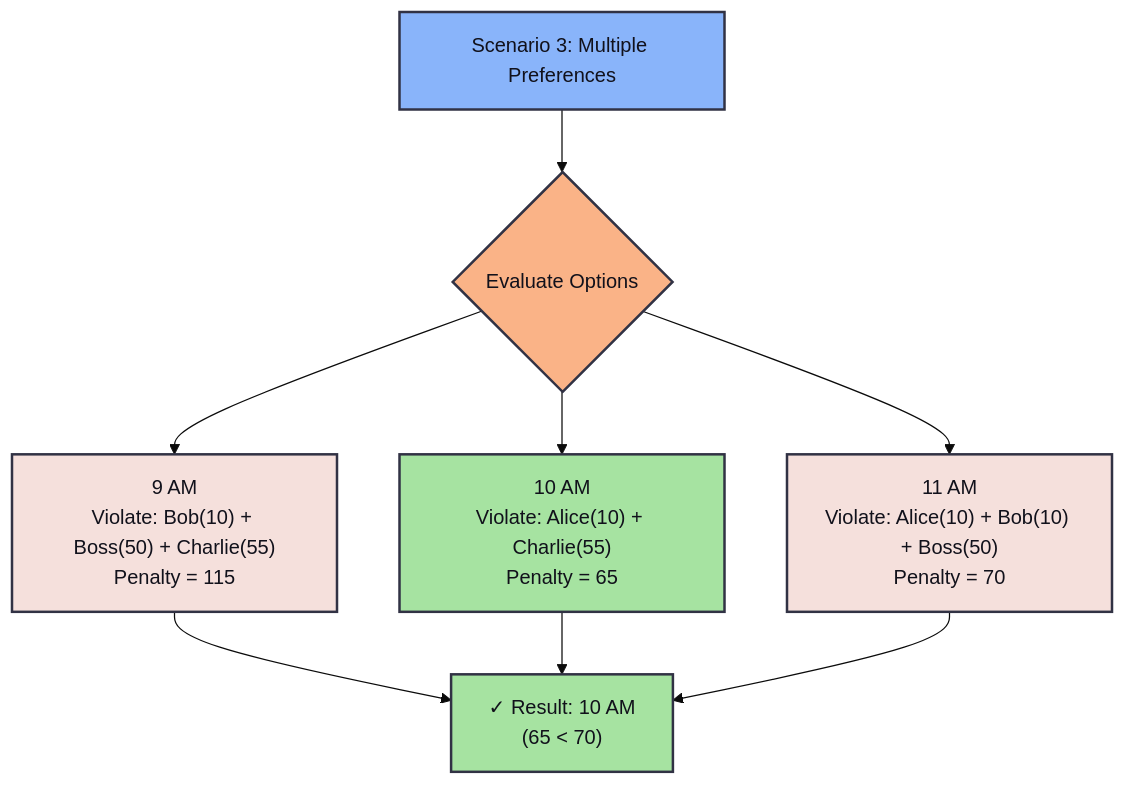
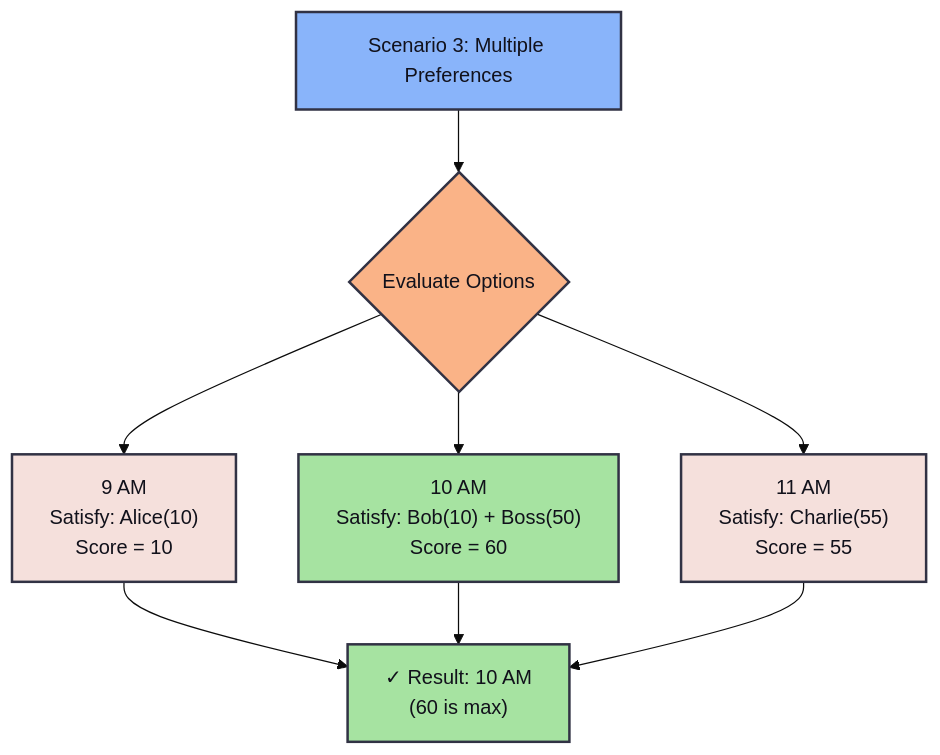
The third of 3 diagrams in part_03_optimizer/README.md (icub3d/z3-rs), drawn with Mermaid (base theme) before and after one commit. The commit also changed other lines of this file and 1 other file, not shown here.

````diff
--- a/part_03_optimizer/README.md
+++ b/part_03_optimizer/README.md
@@ -117,17 +106,17 @@
 ```mermaid
 flowchart TD
     classDef default fill:#f5e0dc,stroke:#313244,stroke-width:2px,color:#11111b
     classDef highlight fill:#a6e3a1,stroke:#313244,stroke-width:2px,color:#11111b
     classDef neutral fill:#89dceb,stroke:#313244,stroke-width:2px,color:#11111b
     classDef decision fill:#fab387,stroke:#313244,stroke-width:2px,color:#11111b
     classDef scenario fill:#89b4fa,stroke:#313244,stroke-width:2px,color:#11111b
 
     Scenario3[Scenario 3: Multiple Preferences]:::scenario
     Scenario3 --> S3_Options{Evaluate Options}:::decision
-    S3_Options --> S3_9AM["9 AM<br/>Violate: Bob(10) + Boss(50) + Charlie(55)<br/>Penalty = 115"]
-    S3_Options --> S3_10AM["10 AM<br/>Violate: Alice(10) + Charlie(55)<br/>Penalty = 65"]:::highlight
-    S3_Options --> S3_11AM["11 AM<br/>Violate: Alice(10) + Bob(10) + Boss(50)<br/>Penalty = 70"]
-    S3_9AM --> S3_Result["✓ Result: 10 AM<br/>(65 < 70)"]:::highlight
+    S3_Options --> S3_9AM["9 AM<br/>Satisfy: Alice(10)<br/>Score = 10"]
+    S3_Options --> S3_10AM["10 AM<br/>Satisfy: Bob(10) + Boss(50)<br/>Score = 60"]:::highlight
+    S3_Options --> S3_11AM["11 AM<br/>Satisfy: Charlie(55)<br/>Score = 55"]
+    S3_9AM --> S3_Result["✓ Result: 10 AM<br/>(60 is max)"]:::highlight
     S3_10AM --> S3_Result
     S3_11AM --> S3_Result
 ```
````
